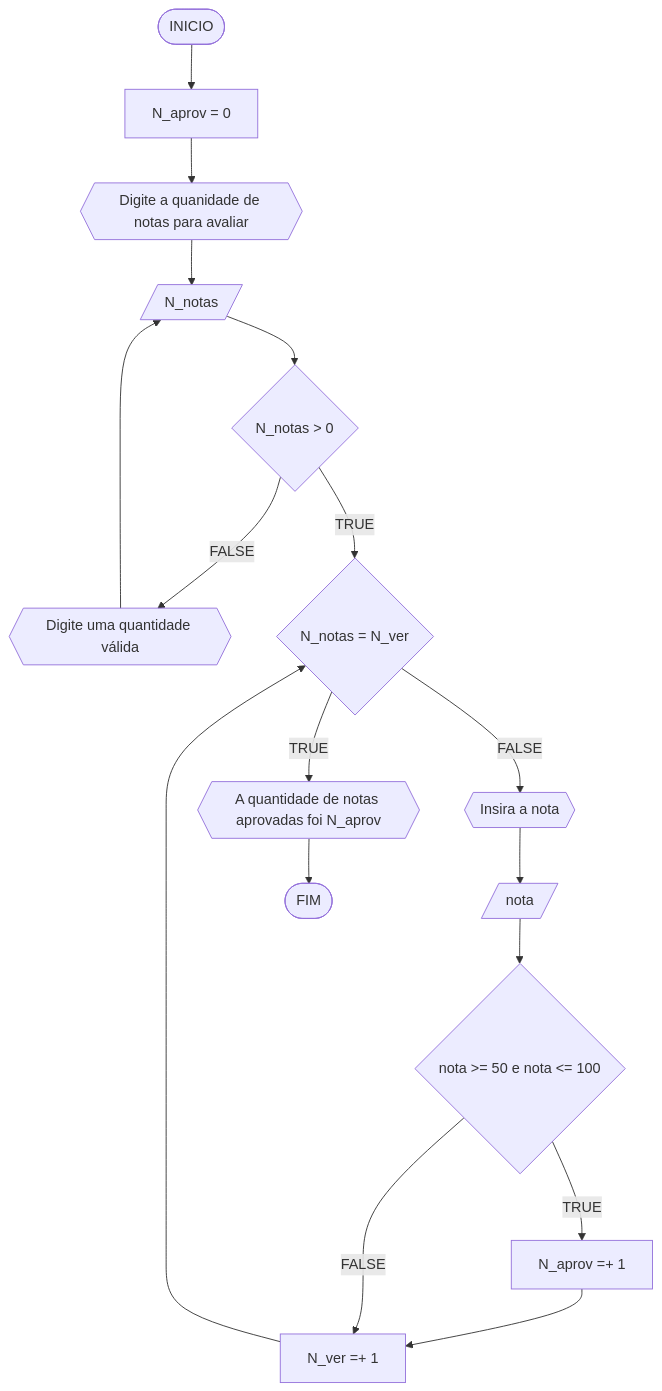
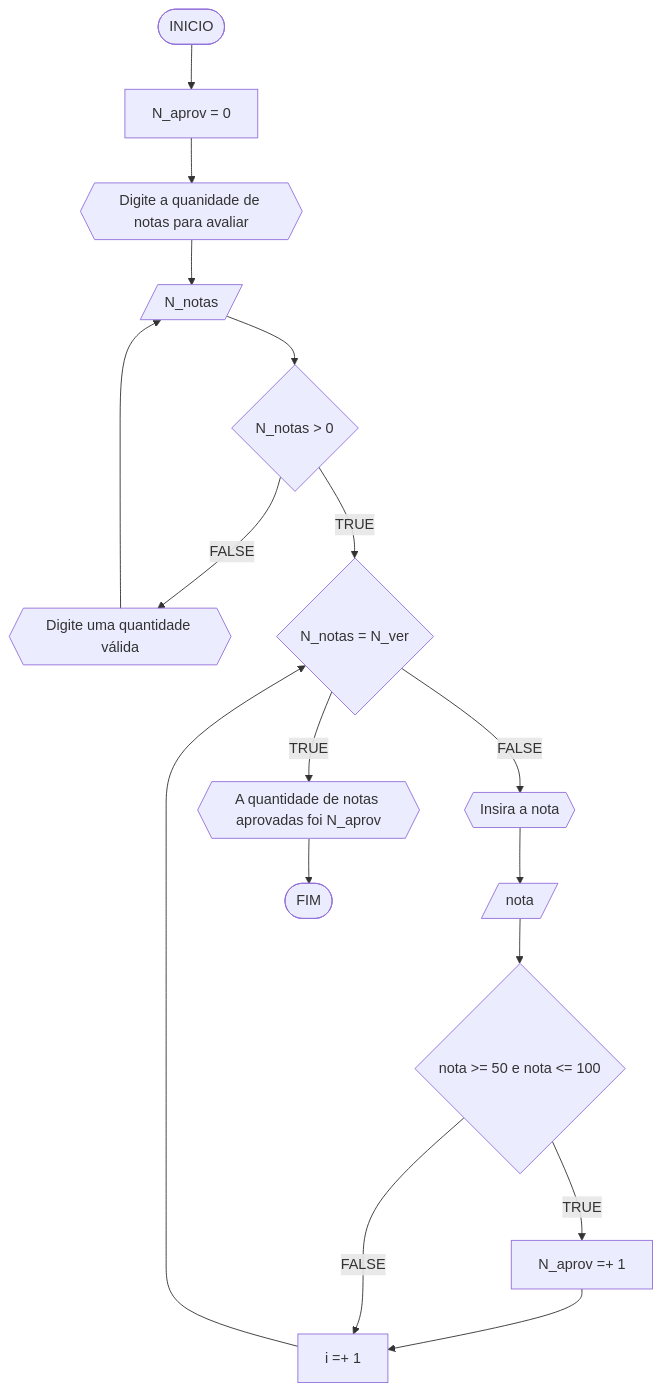
Before and after one commit to cauaaguiar/unifor-: the second of 7 diagrams in RLA/unidade 1/AD1.md, drawn with Mermaid. The commit also changed other lines of this file, not shown here.

````diff
--- a/RLA/unidade 1/AD1.md
+++ b/RLA/unidade 1/AD1.md
@@ -89,20 +89,20 @@
 ```mermaid
 flowchart TD
 A([INICIO])
 A --> C[N_aprov = 0]
 C --> D{{Digite a quanidade de notas para avaliar}}
 D --> E[/N_notas/]
 E --> F{N_notas > 0}
 F --FALSE--> G{{Digite uma quantidade válida}}
 G --> E
 F --TRUE--> H{N_notas = N_ver}
 H --TRUE--> I{{A quantidade de notas aprovadas foi N_aprov}}
 H --FALSE--> J{{Insira a nota}}
 J --> K[/nota/]
 K --> L{nota >= 50 e nota <= 100}
 L --TRUE--> M[N_aprov =+ 1]
-M --> N[N_ver =+ 1]
+M --> N[ i  =+ 1]
 L --FALSE--> N
 N --> H
 I --> Z([FIM])
 ```
````
